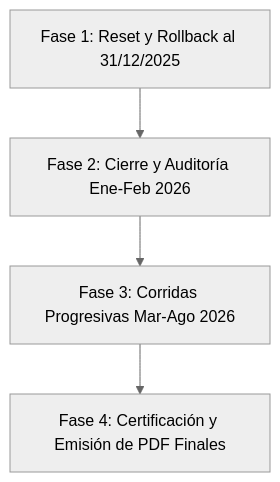
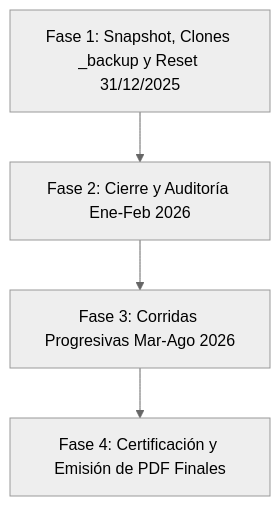
Before and after one commit to RichGutz/Inandes.ERP.React: the diagram in Obsidian/Inandes.Inversionistas.React/PLAN_CONTROL_CALIDAD_CRM_INVERSIONISTAS.md, drawn with Mermaid (neutral theme). The commit also changed other lines of this file and 3 other files, not shown here.

````diff
--- a/Obsidian/Inandes.Inversionistas.React/PLAN_CONTROL_CALIDAD_CRM_INVERSIONISTAS.md
+++ b/Obsidian/Inandes.Inversionistas.React/PLAN_CONTROL_CALIDAD_CRM_INVERSIONISTAS.md
@@ -19,6 +19,6 @@
 ```mermaid
 graph TD
-    F1[Fase 1: Reset y Rollback al 31/12/2025] --> F2[Fase 2: Cierre y Auditoría Ene-Feb 2026]
+    F1[Fase 1: Snapshot, Clones _backup y Reset 31/12/2025] --> F2[Fase 2: Cierre y Auditoría Ene-Feb 2026]
     F2 --> F3[Fase 3: Corridas Progresivas Mar-Ago 2026]
     F3 --> F4[Fase 4: Certificación y Emisión de PDF Finales]
 ```
````
